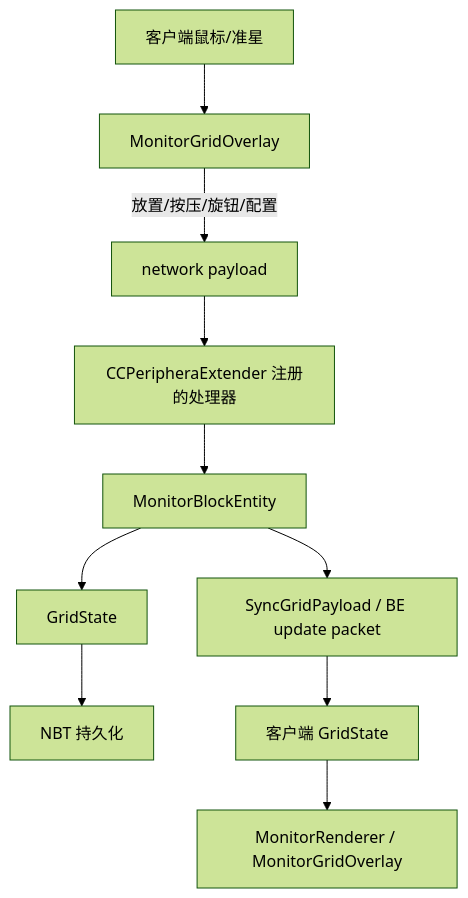
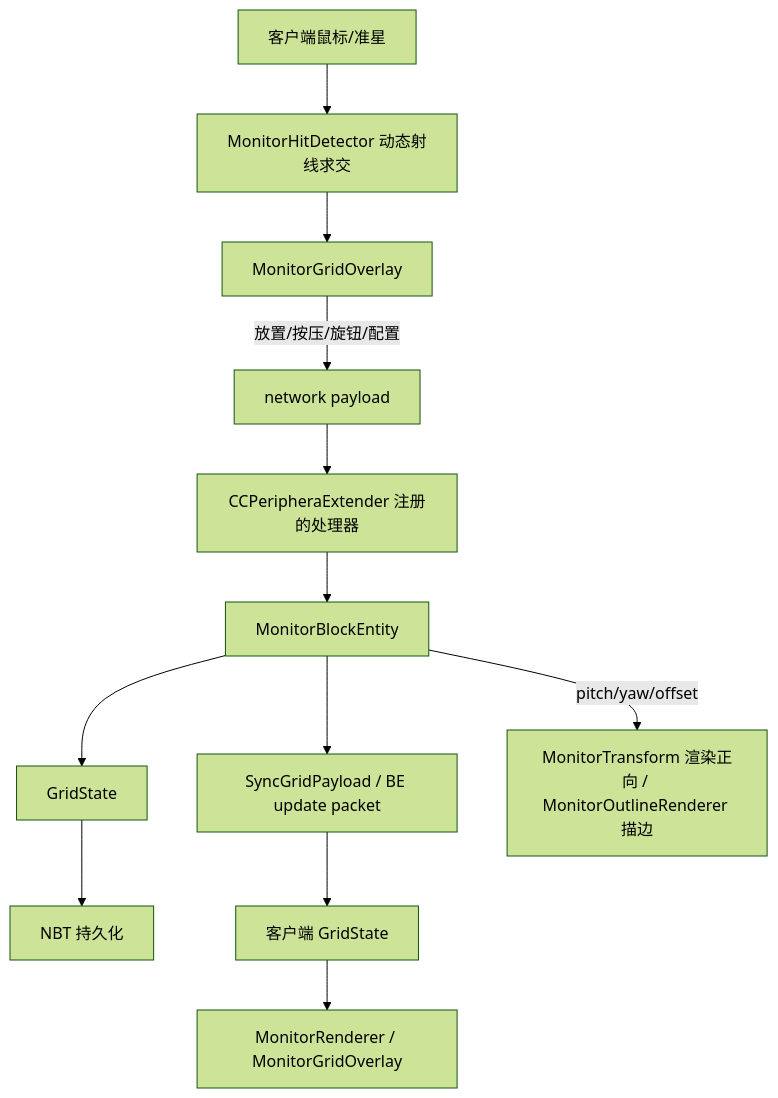
One commit to ZombieEggStew/ccnavigationtable-template-1.21.1 changed the first of 2 diagrams in memo/code-map.md. Above: the diagram before and after it, drawn with Mermaid (forest theme). The commit also changed other lines of this file and 25 other files, not shown here.

````diff
--- a/memo/code-map.md
+++ b/memo/code-map.md
@@ -196,12 +212,14 @@
 ```mermaid
 flowchart TD
-    Input[客户端鼠标/准星] --> Overlay[MonitorGridOverlay]
+    Input[客户端鼠标/准星] --> Detector[MonitorHitDetector 动态射线求交]
+    Detector --> Overlay[MonitorGridOverlay]
     Overlay -->|放置/按压/旋钮/配置| Payload[network payload]
     Payload --> Entry[CCPeripheraExtender 注册的处理器]
     Entry --> BE[MonitorBlockEntity]
     BE --> Grid[GridState]
     Grid --> Save[NBT 持久化]
     BE --> Sync[SyncGridPayload / BE update packet]
     Sync --> ClientGrid[客户端 GridState]
     ClientGrid --> Render[MonitorRenderer / MonitorGridOverlay]
+    BE -->|pitch/yaw/offset| Draw[MonitorTransform 渲染正向 / MonitorOutlineRenderer 描边]
 ```
````
